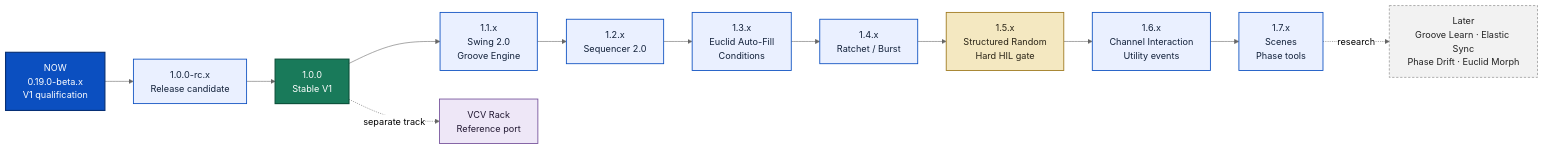
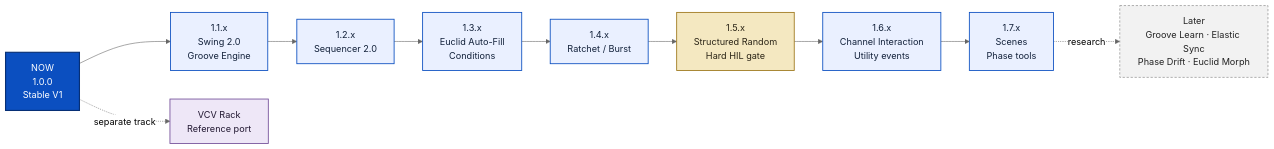
Before and after one commit to napolitano/eurorack-clock-firmware: the diagram in docs/ROADMAP.md, drawn with Mermaid (neutral theme). The commit also changed other lines of this file and 28 other files, not shown here.

````diff
--- a/docs/ROADMAP.md
+++ b/docs/ROADMAP.md
@@ -9,27 +9,25 @@
 ```mermaid
 flowchart LR
-    B["NOW<br/>0.19.0-beta.x<br/>V1 qualification"] --> RC["1.0.0-rc.x<br/>Release candidate"] --> V1["1.0.0<br/>Stable V1"]
-    V1 --> G["1.1.x<br/>Swing 2.0<br/>Groove Engine"]
+    V1["NOW<br/>1.0.0<br/>Stable V1"] --> G["1.1.x<br/>Swing 2.0<br/>Groove Engine"]
     G --> S["1.2.x<br/>Sequencer 2.0"]
     S --> E["1.3.x<br/>Euclid Auto-Fill<br/>Conditions"]
     E --> R["1.4.x<br/>Ratchet / Burst"]
     R --> N["1.5.x<br/>Structured Random<br/>Hard HIL gate"]
     N --> I["1.6.x<br/>Channel Interaction<br/>Utility events"]
     I --> P["1.7.x<br/>Scenes<br/>Phase tools"]
     V1 -. separate track .-> VCV["VCV Rack<br/>Reference port"]
     P -. research .-> X["Later<br/>Groove Learn · Elastic Sync<br/>Phase Drift · Euclid Morph"]
 
     classDef current fill:#0B4FC0,color:#ffffff,stroke:#062F75,stroke-width:2px;
     classDef stable fill:#197A5A,color:#ffffff,stroke:#0B513A,stroke-width:2px;
     classDef music fill:#EAF0FF,color:#12213A,stroke:#0B4FC0,stroke-width:1.5px;
     classDef gate fill:#F4E8C1,color:#2A2416,stroke:#9D771B,stroke-width:1.5px;
     classDef virtual fill:#EEE7F7,color:#221832,stroke:#74509A,stroke-width:1.5px;
     classDef research fill:#F2F2F2,color:#222222,stroke:#777777,stroke-dasharray: 4 3;
 
-    class B current;
-    class V1 stable;
-    class RC,G,S,E,R,I,P music;
+    class V1 current;
+    class G,S,E,R,I,P music;
     class N gate;
     class VCV virtual;
     class X research;
 ```
````
